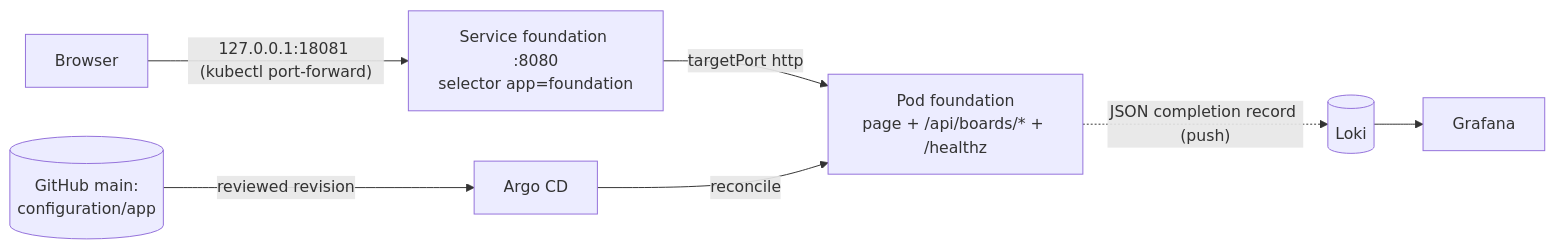
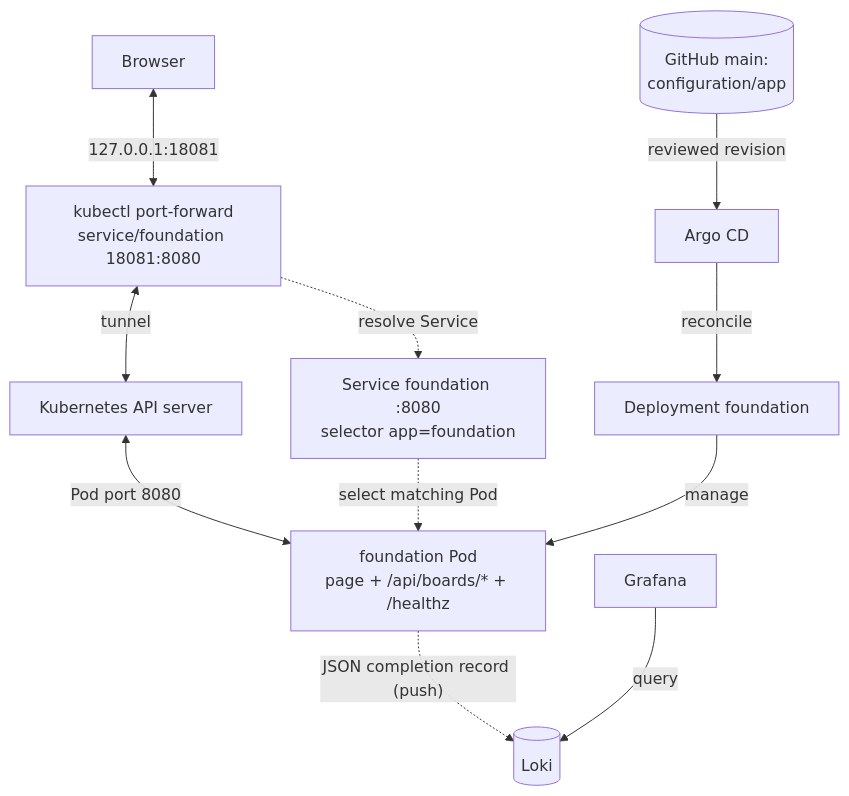
One commit to islandawolfe-02/Basic-GitOps-using-Argo-CD-and-Minikube changed the diagram in README.md. Above: the diagram before and after it, drawn with Mermaid. The commit also changed other lines of this file and 14 other files, not shown here.

````diff
--- a/README.md
+++ b/README.md
@@ -19,8 +24,12 @@
 ```mermaid
-flowchart LR
-  B[Browser] -->|"127.0.0.1:18081 (kubectl port-forward)"| S["Service foundation :8080<br/>selector app=foundation"]
-  S -->|targetPort http| P["Pod foundation<br/>page + /api/boards/* + /healthz"]
+flowchart TB
+  B[Browser] <-->|"127.0.0.1:18081"| PF["kubectl port-forward<br/>service/foundation 18081:8080"]
+  PF <-->|tunnel| API[Kubernetes API server]
+  API <-->|"Pod port 8080"| P["foundation Pod<br/>page + /api/boards/* + /healthz"]
+  PF -. "resolve Service" .-> S["Service foundation :8080<br/>selector app=foundation"]
+  S -. "select matching Pod" .-> P
   P -. "JSON completion record (push)" .-> L[(Loki)]
-  L --> G[Grafana]
-  Git[(GitHub main:<br/>configuration/app)] -->|reviewed revision| A[Argo CD] -->|reconcile| P
+  G[Grafana] -->|query| L
+  Git[("GitHub main:<br/>configuration/app")] -->|reviewed revision| A[Argo CD] -->|reconcile| D[Deployment foundation]
+  D -->|manage| P
 ```
````
